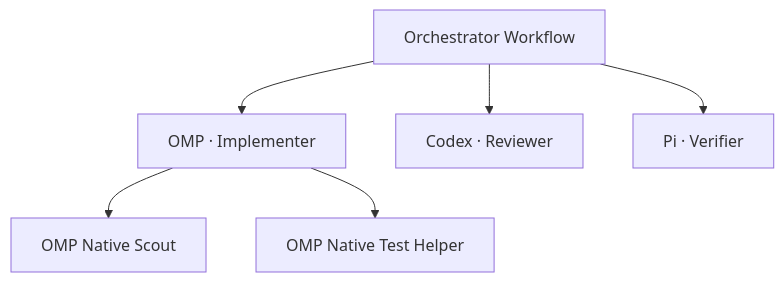
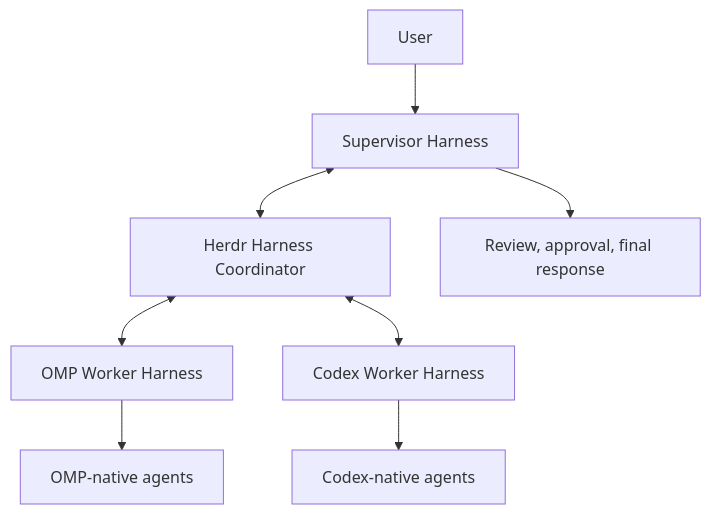
Before and after one commit to hewel/herdr-agent-orchestrator: the first of 2 diagrams in docs/ARCHITECTURE.md, drawn with Mermaid. The commit also changed other lines of this file and 50 other files, not shown here.

Commit message:
docs: define harness coordinator architecture

````diff
--- a/docs/ARCHITECTURE.md
+++ b/docs/ARCHITECTURE.md
@@ -222,11 +35,10 @@
 ```mermaid
 flowchart TD
-    Workflow["Orchestrator Workflow"]
-
-    Workflow --> Implementation["OMP · Implementer"]
-    Workflow --> Review["Codex · Reviewer"]
-    Workflow --> Verification["Pi · Verifier"]
-
-    Implementation --> Scout["OMP Native Scout"]
-    Implementation --> TestHelper["OMP Native Test Helper"]
+    User --> Supervisor["Supervisor Harness"]
+    Supervisor <--> Coordinator["Herdr Harness Coordinator"]
+    Coordinator <--> OMP["OMP Worker Harness"]
+    Coordinator <--> Codex["Codex Worker Harness"]
+    OMP --> OMPChildren["OMP-native agents"]
+    Codex --> CodexChildren["Codex-native agents"]
+    Supervisor --> Final["Review, approval, final response"]
 ```
````
